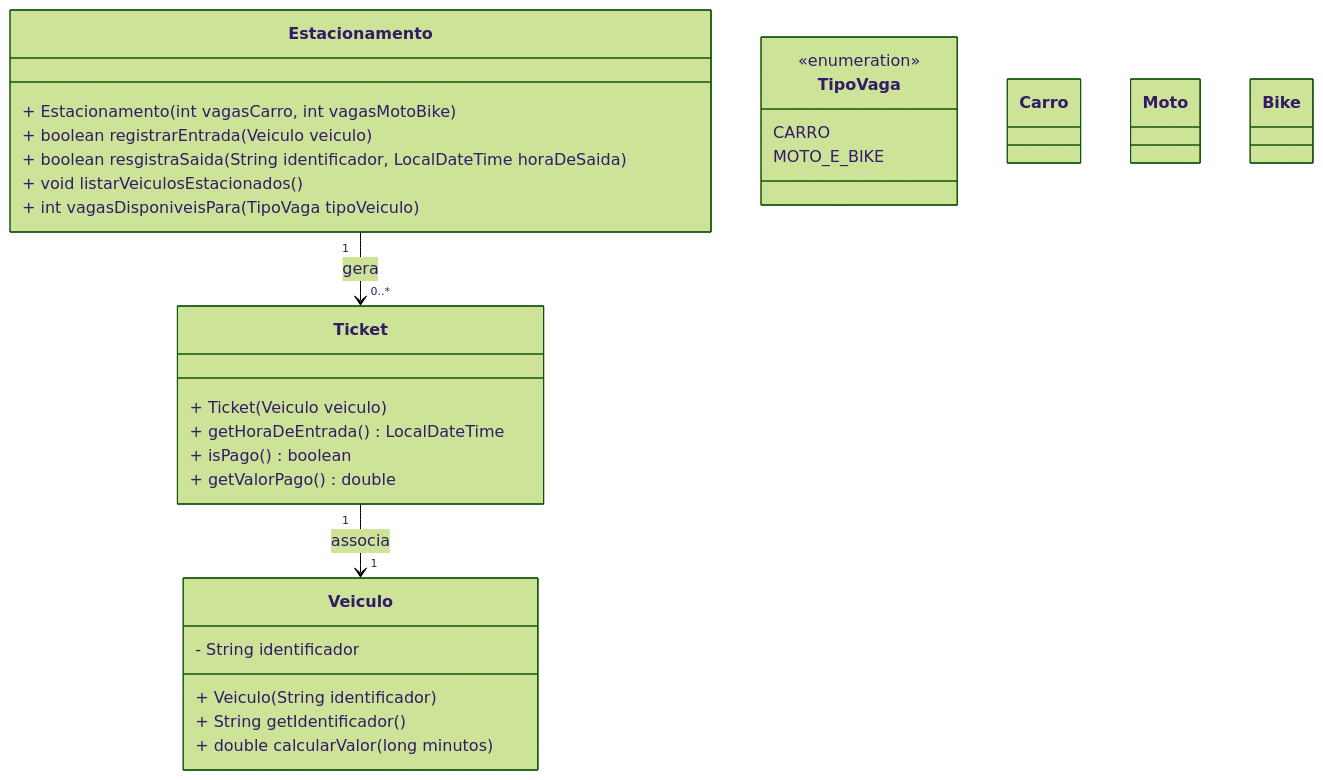
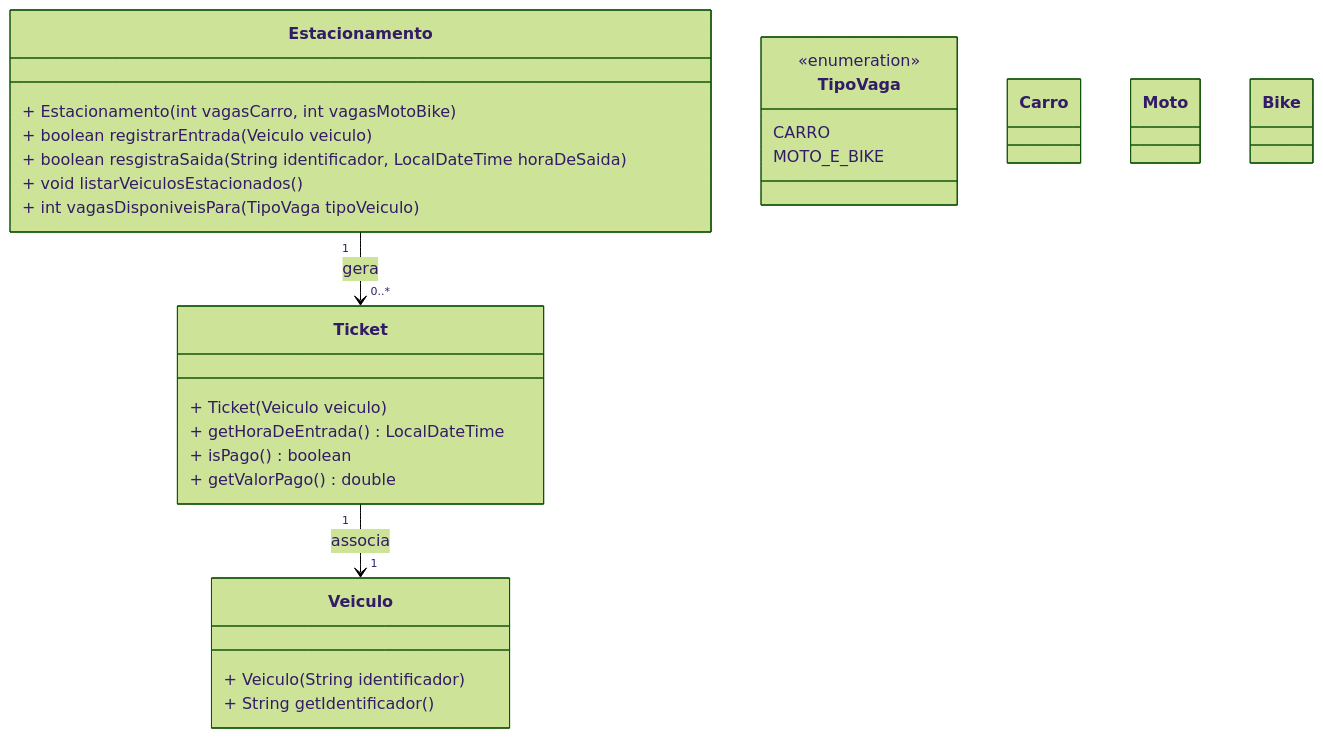
Before and after one commit to profBruno-UFC-Qx/Estacionamento: the diagram in README.md, drawn with Mermaid (forest theme). The commit also changed 1 other file, not shown here.

Commit message:
Corrigindo código inicial

````diff
--- a/README.md
+++ b/README.md
@@ -62,43 +62,41 @@
 ```mermaid
 classDiagram
 class Estacionamento {
 + Estacionamento(int vagasCarro, int vagasMotoBike)
 + boolean registrarEntrada(Veiculo veiculo)
 + boolean resgistraSaida(String identificador, LocalDateTime horaDeSaida)
 + void listarVeiculosEstacionados()
 + int vagasDisponiveisPara(TipoVaga tipoVeiculo)
 }
 
     class Ticket {
         + Ticket(Veiculo veiculo)
         + getHoraDeEntrada() LocalDateTime
         + isPago() boolean
         + getValorPago() double
     }
     
 
     class Veiculo {
-        - String identificador
         + Veiculo(String identificador)
         + String getIdentificador()
-        + double calcularValor(long minutos)
     }
     
     class TipoVaga {
         <<enumeration>>
         CARRO
         MOTO_E_BIKE
     } 
 
     class Carro {
     }
 
     class Moto {
     }
 
     class Bike {
     }
 
     Estacionamento "1" --> "0..*" Ticket : gera
     Ticket "1" --> "1" Veiculo : associa
 ```
````
